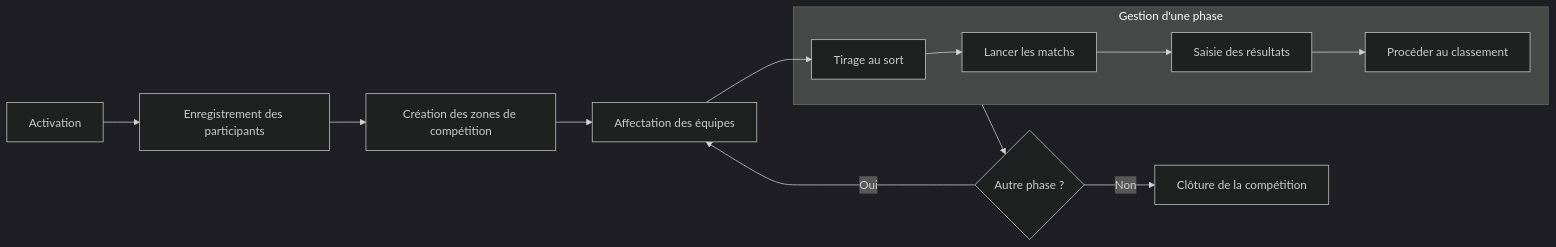
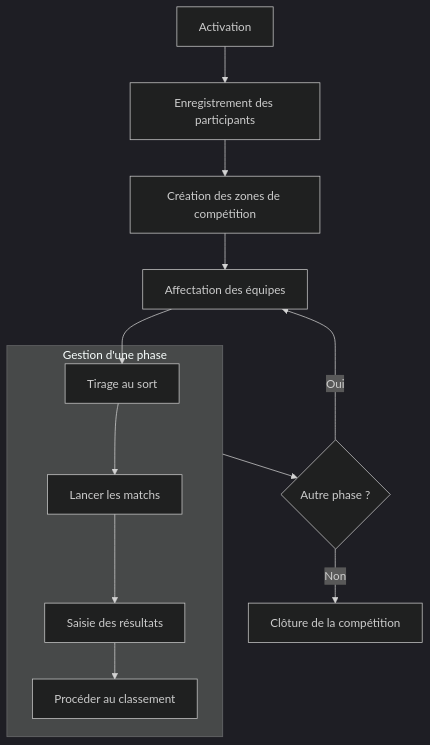
One commit to Ineaweb/SmartContest changed the diagram in docs/work-with-competition/index.md. Above: the diagram before and after it, drawn with Mermaid (dark theme).

Commit message:
fix: update flowchart direction in competition management documentation

````diff
--- a/docs/work-with-competition/index.md
+++ b/docs/work-with-competition/index.md
@@ -7,16 +7,16 @@
 ```mermaid
-flowchart LR
+flowchart TB
     A[Activation] --> B
     B[Enregistrement des participants] --> C
     C[Création des zones de compétition] --> D
     D[Affectation des équipes] --> E
     subgraph sb1 [Gestion d'une phase]
         E[Tirage au sort] --> F
         F[Lancer les matchs] --> G
         G[Saisie des résultats] --> I
         I[Procéder au classement]
     end
     sb1 --> J{Autre phase ?}
     J -- Oui --> D
     J -- Non --> K[Clôture de la compétition]
 ```
````
